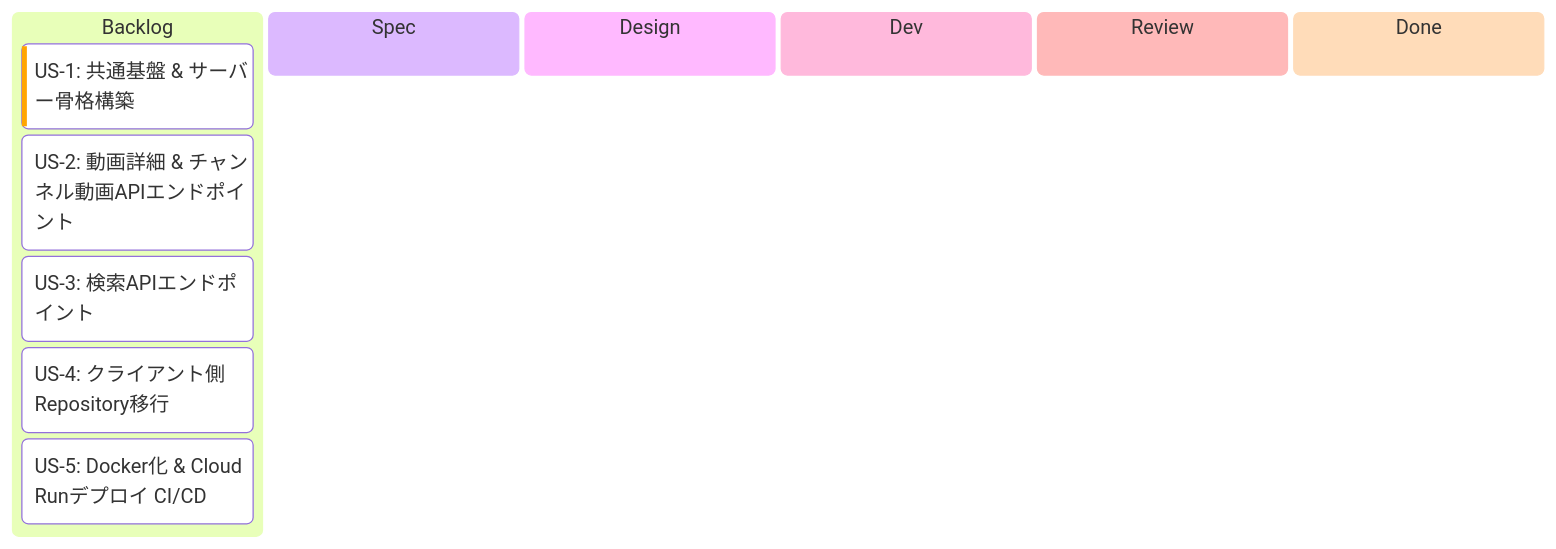
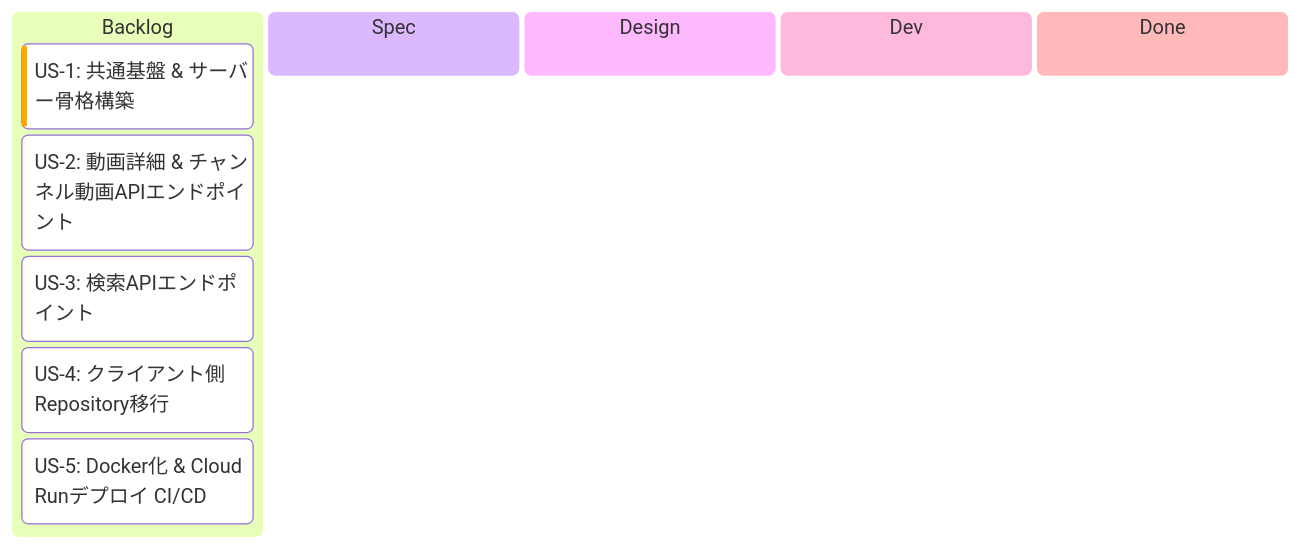
Before and after one commit to saki0000/collab-stream: the first of 2 diagrams in implement-context/api-proxy-server/EPIC.md, drawn with Mermaid. The commit also changed other lines of this file and 5 other files, not shown here.

````diff
--- a/implement-context/api-proxy-server/EPIC.md
+++ b/implement-context/api-proxy-server/EPIC.md
@@ -26,19 +26,18 @@
 ```mermaid
 ---
 config:
   kanban:
     ticketBaseUrl: ''
 ---
 kanban
   backlog[Backlog]
     us1[US-1: 共通基盤 & サーバー骨格構築]@{ priority: 'High' }
     us2[US-2: 動画詳細 & チャンネル動画APIエンドポイント]
     us3[US-3: 検索APIエンドポイント]
     us4[US-4: クライアント側Repository移行]
     us5[US-5: Docker化 & Cloud Runデプロイ CI/CD]
   spec[Spec]
   design[Design]
   dev[Dev]
-  review[Review]
   done[Done]
 ```
````
